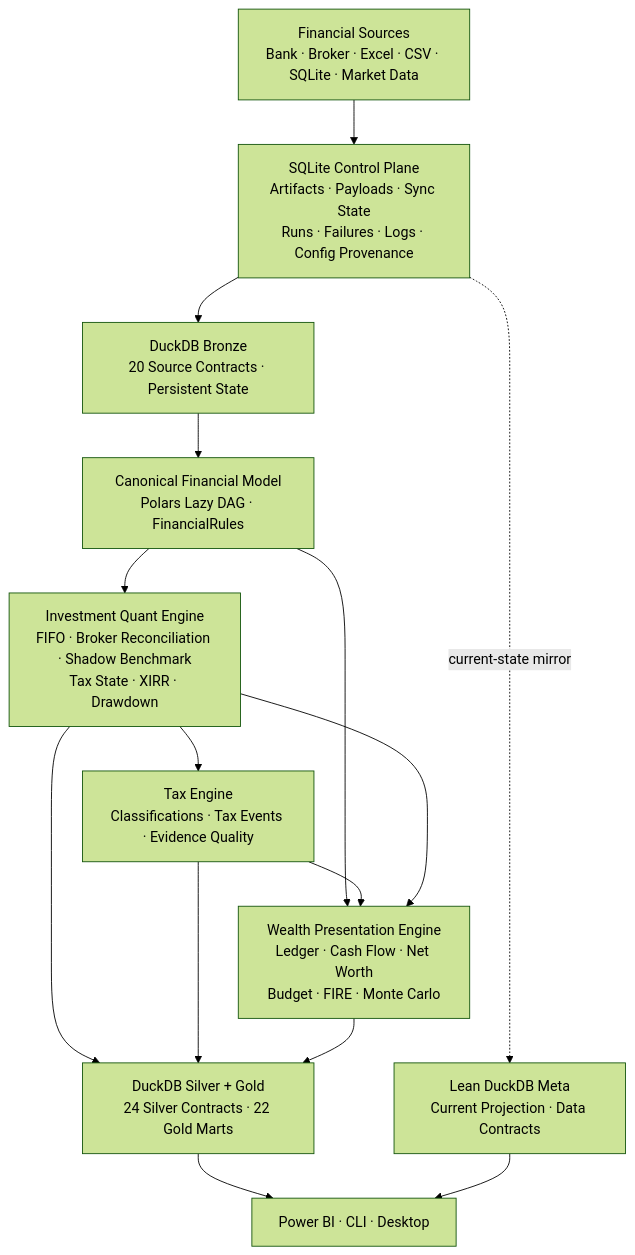
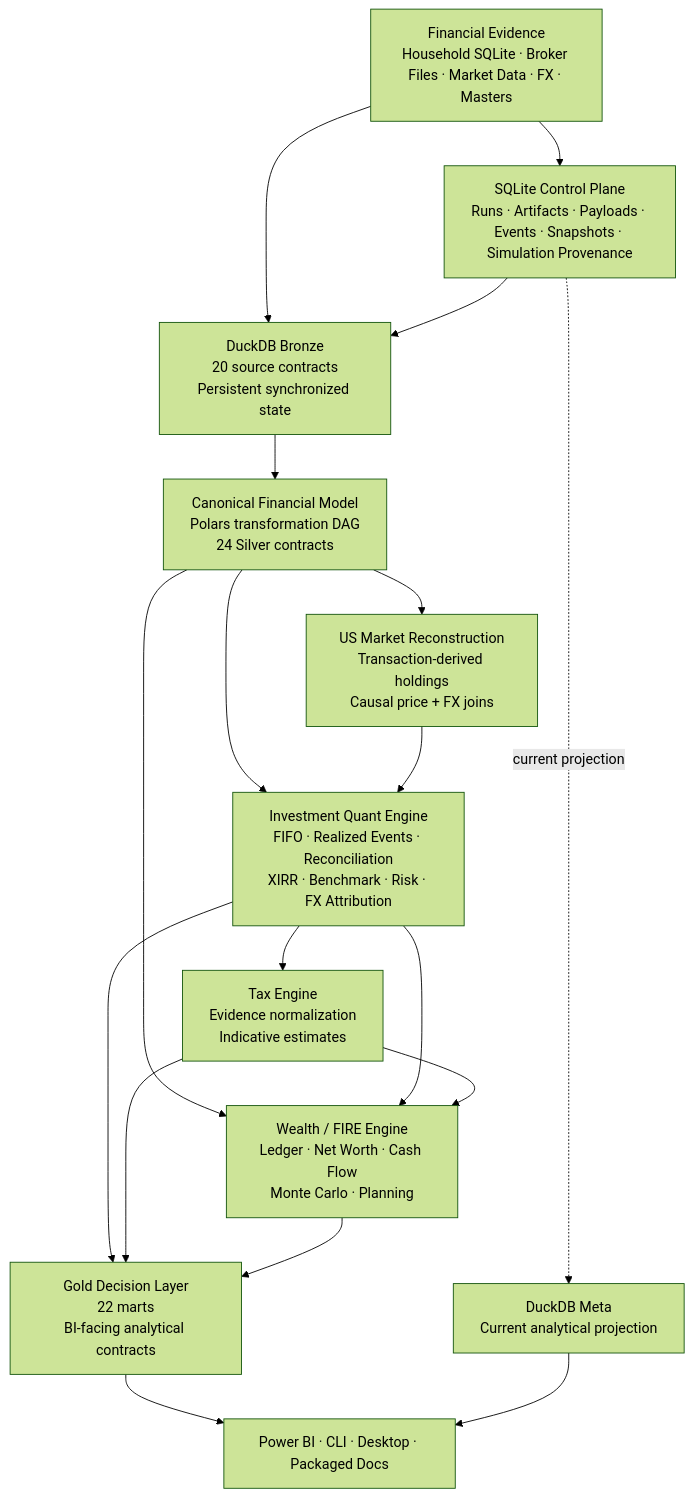
The first of 20 diagrams in README.md (tks18/personal-finance-etl), drawn with Mermaid (forest theme) before and after one commit. The commit also changed other lines of this file, not shown here.

````diff
--- a/README.md
+++ b/README.md
@@ -26,28 +21,32 @@
 ```mermaid
 flowchart TB
-    SRC["Financial Sources<br/>Bank · Broker · Excel · CSV · SQLite · Market Data"]
-    CP["SQLite Control Plane<br/>Artifacts · Payloads · Sync State<br/>Runs · Failures · Logs · Config Provenance"]
-    BR["DuckDB Bronze<br/>20 Source Contracts · Persistent State"]
-    CAN["Canonical Financial Model<br/>Polars Lazy DAG · FinancialRules"]
-    IQ["Investment Quant Engine<br/>FIFO · Broker Reconciliation · Shadow Benchmark<br/>Tax State · XIRR · Drawdown"]
-    TAX["Tax Engine<br/>Classifications · Tax Events · Evidence Quality"]
-    WA["Wealth Presentation Engine<br/>Ledger · Cash Flow · Net Worth<br/>Budget · FIRE · Monte Carlo"]
-    SG["DuckDB Silver + Gold<br/>24 Silver Contracts · 22 Gold Marts"]
-    META["Lean DuckDB Meta<br/>Current Projection · Data Contracts"]
-    APP["Power BI · CLI · Desktop"]
+    SRC["Financial Evidence<br/>Household SQLite · Broker Files · Market Data · FX · Masters"]
+    CP["SQLite Control Plane<br/>Runs · Artifacts · Payloads · Events · Snapshots · Simulation Provenance"]
+    BR["DuckDB Bronze<br/>20 source contracts<br/>Persistent synchronized state"]
+    CAN["Canonical Financial Model<br/>Polars transformation DAG<br/>24 Silver contracts"]
+    US["US Market Reconstruction<br/>Transaction-derived holdings<br/>Causal price + FX joins"]
+    Q["Investment Quant Engine<br/>FIFO · Realized Events · Reconciliation<br/>XIRR · Benchmark · Risk · FX Attribution"]
+    TAX["Tax Engine<br/>Evidence normalization<br/>Indicative estimates"]
+    W["Wealth / FIRE Engine<br/>Ledger · Net Worth · Cash Flow<br/>Monte Carlo · Planning"]
+    GOLD["Gold Decision Layer<br/>22 marts<br/>BI-facing analytical contracts"]
+    META["DuckDB Meta<br/>Current analytical projection"]
+    APP["Power BI · CLI · Desktop · Packaged Docs"]
 
     SRC --> CP
+    SRC --> BR
     CP --> BR
     BR --> CAN
-    CAN --> IQ
-    CAN --> WA
-    IQ --> TAX
-    TAX --> WA
-    IQ --> WA
-    IQ --> SG
-    TAX --> SG
-    WA --> SG
-    CP -. current-state mirror .-> META
-    SG --> APP
+    CAN --> US
+    CAN --> Q
+    US --> Q
+    Q --> TAX
+    CAN --> W
+    Q --> W
+    TAX --> W
+    Q --> GOLD
+    TAX --> GOLD
+    W --> GOLD
+    CP -. current projection .-> META
+    GOLD --> APP
     META --> APP
 ```
````
